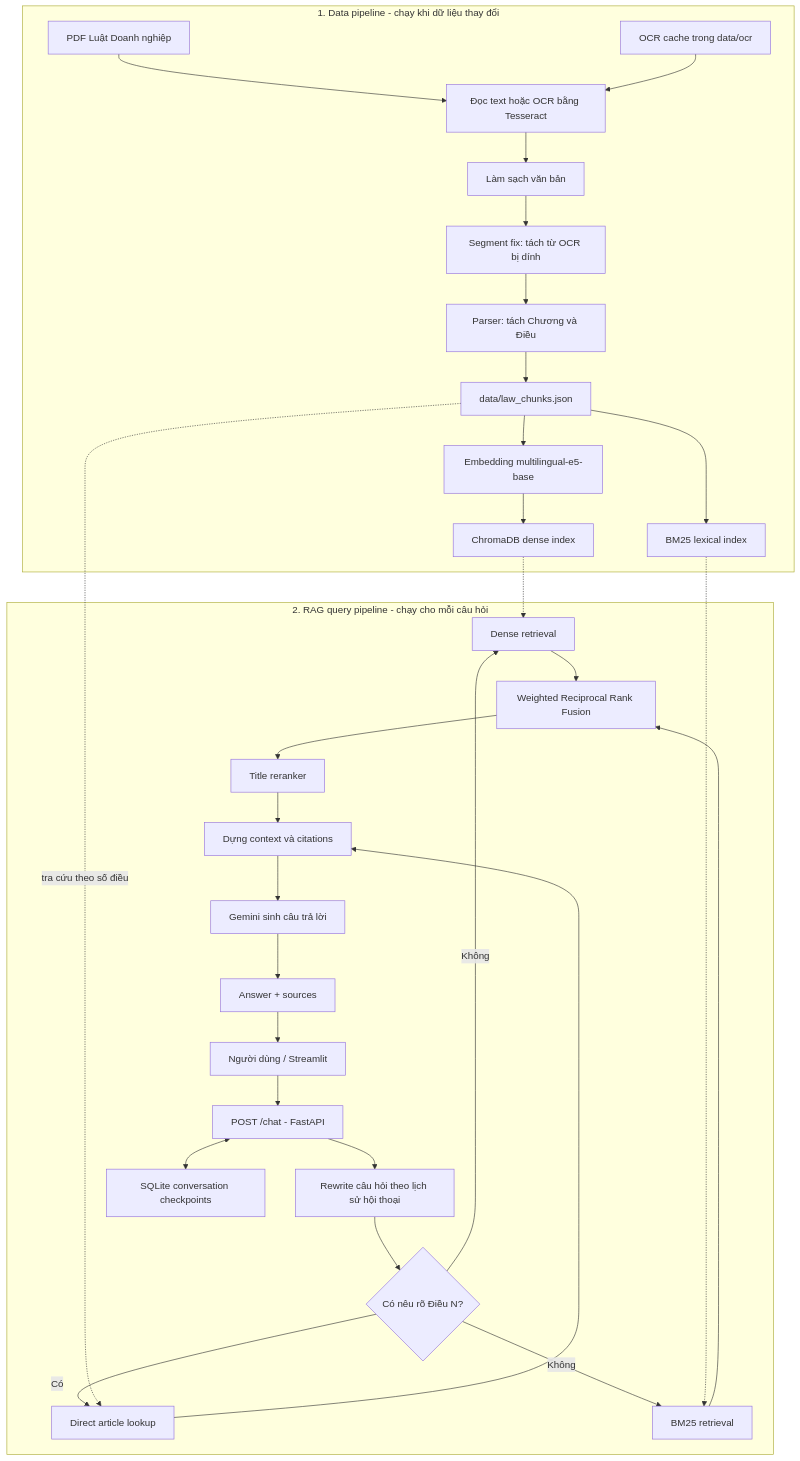
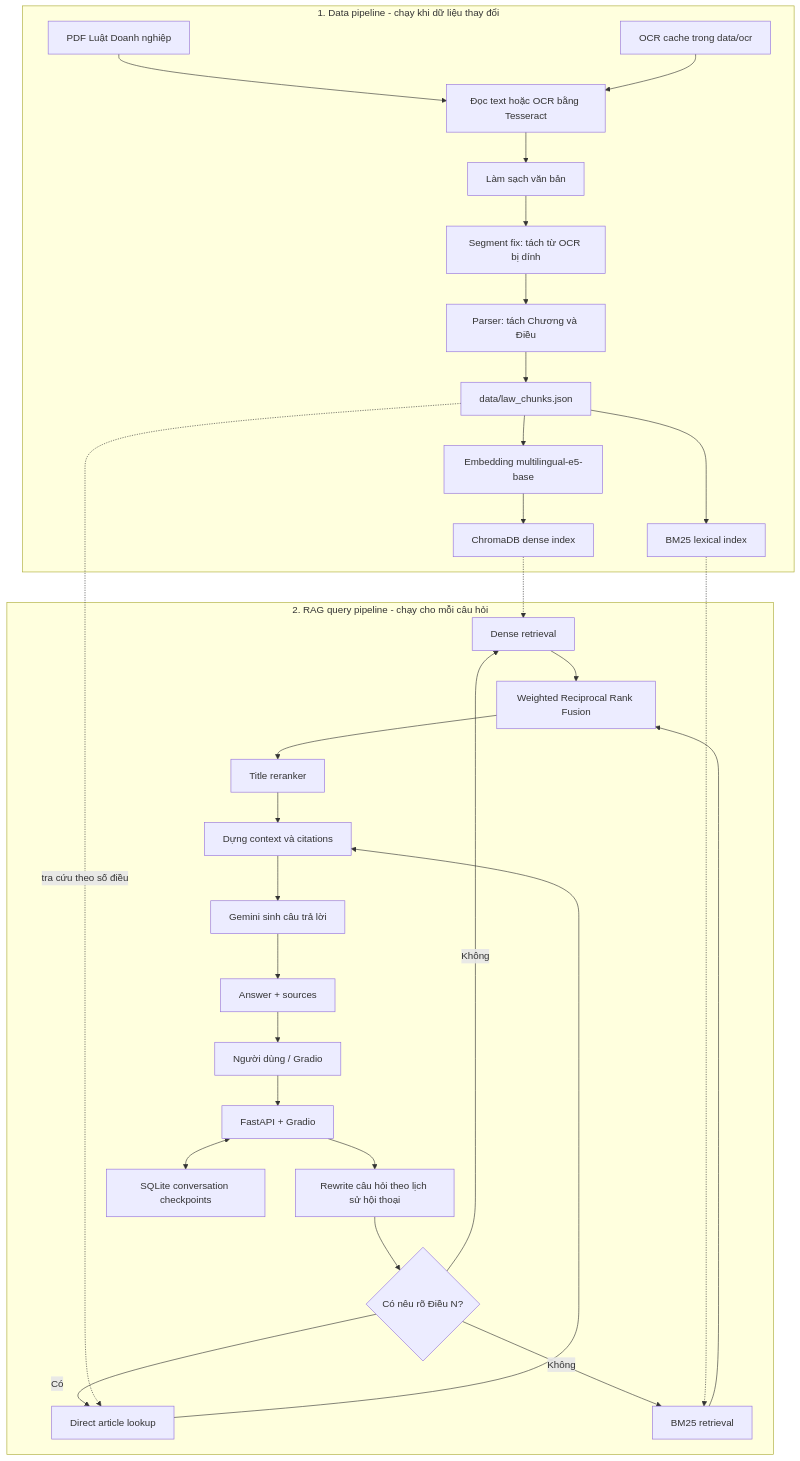
The diagram in README.md (lfcbsk/vietnamese-enterprise-law-rag), drawn with Mermaid before and after one commit. The commit also changed other lines of this file and 10 other files, not shown here.

Commit message:
change demo from streamlit to gradio

````diff
--- a/README.md
+++ b/README.md
@@ -42,38 +41,38 @@
 ```mermaid
 flowchart TD
     subgraph OFFLINE["1. Data pipeline - chạy khi dữ liệu thay đổi"]
         PDF["PDF Luật Doanh nghiệp"] --> LOAD["Đọc text hoặc OCR bằng Tesseract"]
         OCRCACHE["OCR cache trong data/ocr"] --> LOAD
         LOAD --> CLEAN["Làm sạch văn bản"]
         CLEAN --> SEGMENT["Segment fix: tách từ OCR bị dính"]
         SEGMENT --> PARSE["Parser: tách Chương và Điều"]
         PARSE --> CHUNKS["data/law_chunks.json"]
         CHUNKS --> DENSEINDEX["Embedding multilingual-e5-base"]
         DENSEINDEX --> CHROMA["ChromaDB dense index"]
         CHUNKS --> BM25INDEX["BM25 lexical index"]
     end
 
     subgraph ONLINE["2. RAG query pipeline - chạy cho mỗi câu hỏi"]
-        USER["Người dùng / Streamlit"] --> API["POST /chat - FastAPI"]
+        USER["Người dùng / Gradio"] --> API["FastAPI + Gradio"]
         API --> REWRITE["Rewrite câu hỏi theo lịch sử hội thoại"]
         REWRITE --> EXPLICIT{"Có nêu rõ Điều N?"}
 
         EXPLICIT -- Có --> LOOKUP["Direct article lookup"]
         CHUNKS -. tra cứu theo số điều .-> LOOKUP
 
         EXPLICIT -- Không --> DENSE["Dense retrieval"]
         EXPLICIT -- Không --> BM25["BM25 retrieval"]
         CHROMA -.-> DENSE
         BM25INDEX -.-> BM25
         DENSE --> RRF["Weighted Reciprocal Rank Fusion"]
         BM25 --> RRF
         RRF --> RERANK["Title reranker"]
 
         LOOKUP --> CONTEXT["Dựng context và citations"]
         RERANK --> CONTEXT
         CONTEXT --> LLM["Gemini sinh câu trả lời"]
         LLM --> RESPONSE["Answer + sources"]
         RESPONSE --> USER
         API <--> SQLITE["SQLite conversation checkpoints"]
     end
 ```
````
